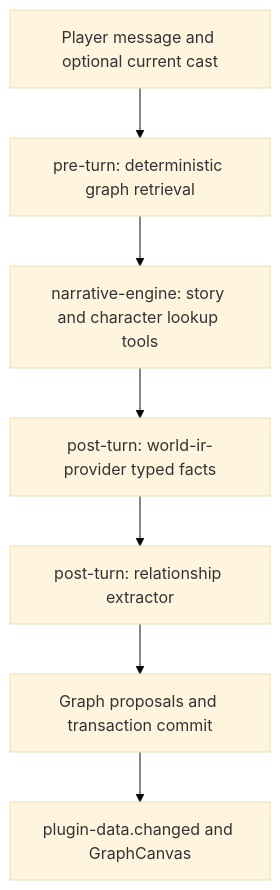
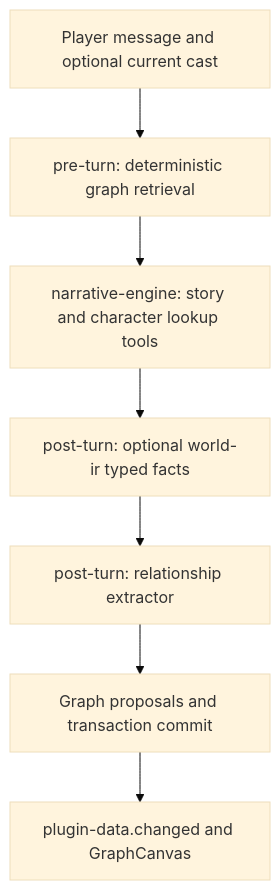
Before and after one commit to ackness/covel: the diagram in docs/en/internals/npc-graph.md, drawn with Mermaid (base theme). The commit also changed other lines of this file and 70 other files, not shown here.

First line of the commit message:
refactor(plugins)!: make world IR optional for its consumers and merge its contracts

````diff
--- a/docs/en/internals/npc-graph.md
+++ b/docs/en/internals/npc-graph.md
@@ -20,9 +20,9 @@
 ```mermaid
 flowchart TD
   Input[Player message and optional current cast] --> Retrieve[pre-turn: deterministic graph retrieval]
   Retrieve --> Narrate[narrative-engine: story and character lookup tools]
-  Narrate --> IR[post-turn: world-ir-provider typed facts]
+  Narrate --> IR[post-turn: optional world-ir typed facts]
   IR --> Extract[post-turn: relationship extractor]
   Extract --> Commit[Graph proposals and transaction commit]
   Commit --> UI[plugin-data.changed and GraphCanvas]
 ```
````
